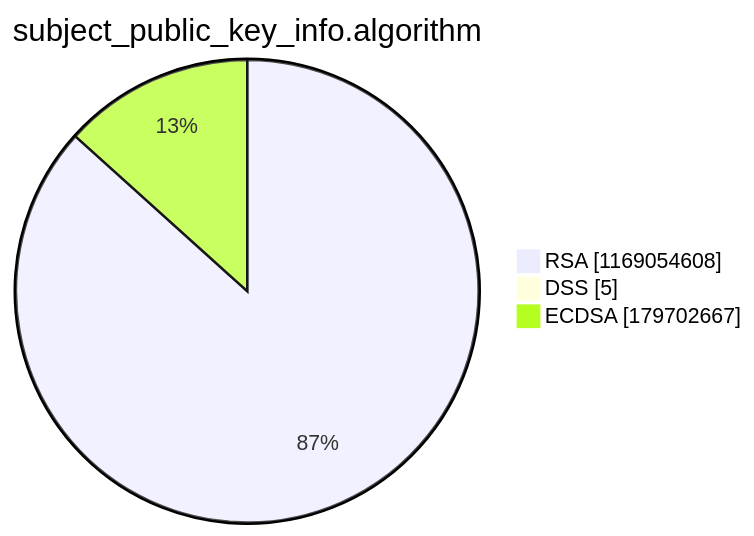
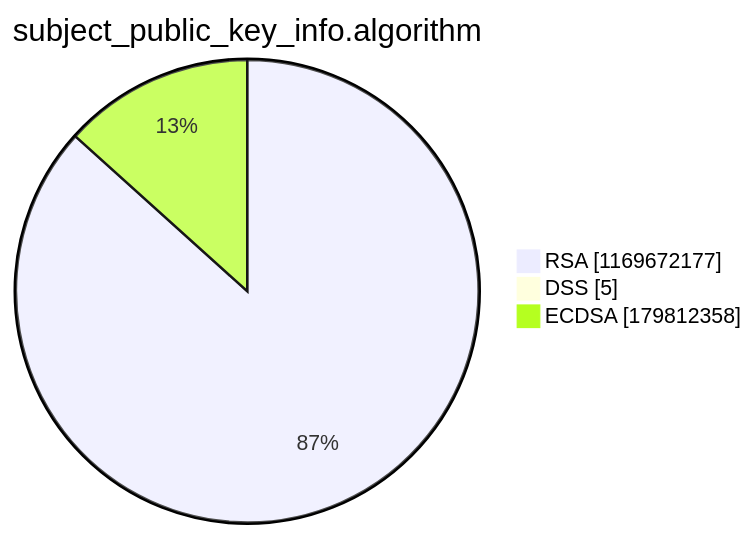
The third of 15 diagrams in argon2022/README.md (christiankrug/ctmonitor_visualization), drawn with Mermaid before and after one commit. The commit also changed other lines of this file, not shown here.

````diff
--- a/argon2022/README.md
+++ b/argon2022/README.md
@@ -14,7 +14,7 @@
 ```mermaid
 pie showData
 title subject_public_key_info.algorithm
-"RSA" :1169054608
+"RSA" :1169672177
 "DSS" :5
-"ECDSA" :179702667
+"ECDSA" :179812358
 ```
````
